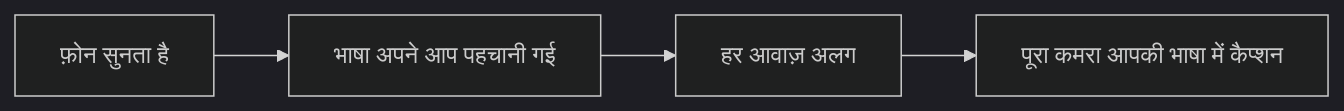
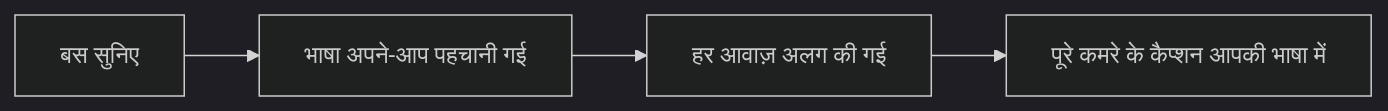
Before and after one commit to rpalm01-star/VigilantEarLegal: the first of 4 diagrams in README_hi.md, drawn with Mermaid (dark theme). The commit also changed other lines of this file and 29 other files, not shown here.

````diff
--- a/README_hi.md
+++ b/README_hi.md
@@ -62,4 +65,4 @@
 ```mermaid
 graph LR
-    A["फ़ोन सुनता है"] --> B["भाषा अपने आप पहचानी गई"] --> C["हर आवाज़ अलग"] --> D["पूरा कमरा आपकी भाषा में कैप्शन"]
+    A["बस सुनिए"] --> B["भाषा अपने-आप पहचानी गई"] --> C["हर आवाज़ अलग की गई"] --> D["पूरे कमरे के कैप्शन आपकी भाषा में"]
 ```
````
